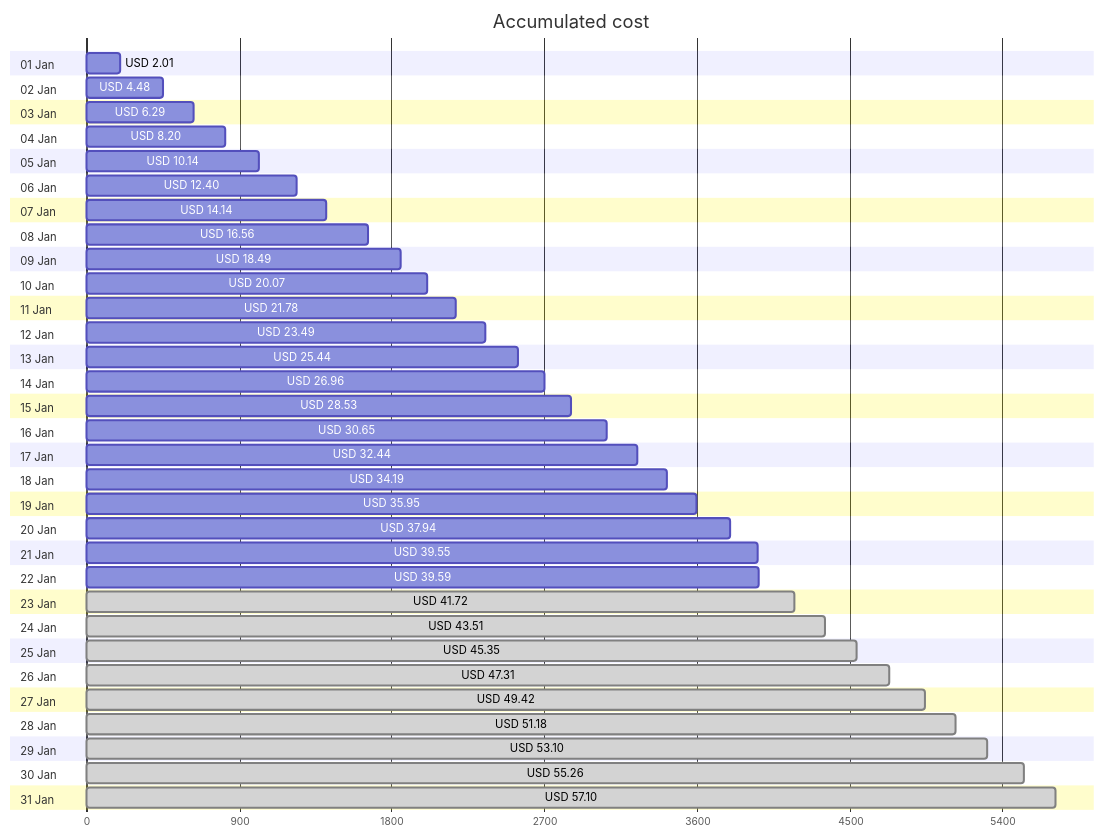
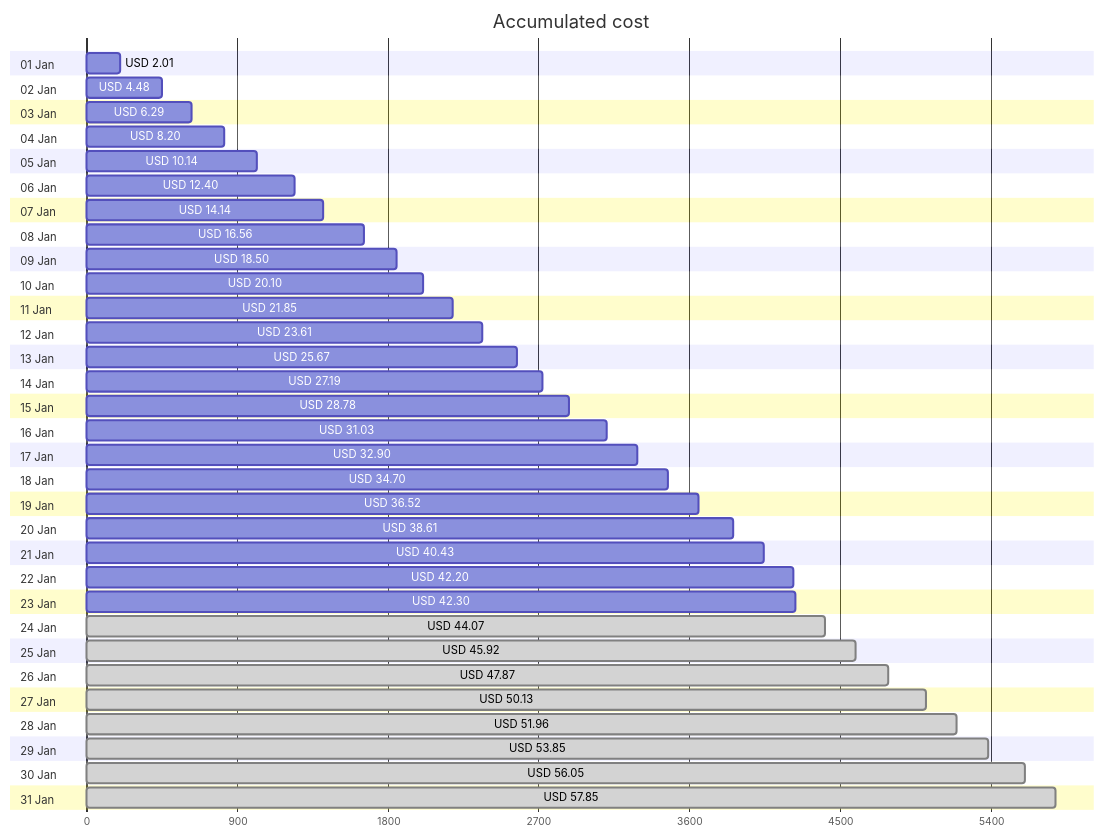
Before and after one commit to jpfulton/azure-personal-reports: the first of 4 diagrams in cost-reports/personal-network/README.md, drawn with Mermaid. The commit also changed other lines of this file and 8 other files, not shown here.

````diff
--- a/cost-reports/personal-network/README.md
+++ b/cost-reports/personal-network/README.md
@@ -20,68 +20,68 @@
 ```mermaid
 gantt
    title Accumulated cost
    dateFormat  X
    axisFormat %s
    section 01 Jan
    USD 2.01 :0, 201
    section 02 Jan
    USD 4.48 :0, 448
    section 03 Jan
    USD 6.29 :0, 629
    section 04 Jan
    USD 8.20 :0, 820
    section 05 Jan
    USD 10.14 :0, 1014
    section 06 Jan
    USD 12.40 :0, 1240
    section 07 Jan
    USD 14.14 :0, 1414
    section 08 Jan
    USD 16.56 :0, 1656
    section 09 Jan
-   USD 18.49 :0, 1849
+   USD 18.50 :0, 1850
    section 10 Jan
-   USD 20.07 :0, 2007
+   USD 20.10 :0, 2010
    section 11 Jan
-   USD 21.78 :0, 2178
+   USD 21.85 :0, 2185
    section 12 Jan
-   USD 23.49 :0, 2349
+   USD 23.61 :0, 2361
    section 13 Jan
-   USD 25.44 :0, 2544
+   USD 25.67 :0, 2567
    section 14 Jan
-   USD 26.96 :0, 2696
+   USD 27.19 :0, 2719
    section 15 Jan
-   USD 28.53 :0, 2853
+   USD 28.78 :0, 2878
    section 16 Jan
-   USD 30.65 :0, 3065
+   USD 31.03 :0, 3103
    section 17 Jan
-   USD 32.44 :0, 3244
+   USD 32.90 :0, 3290
    section 18 Jan
-   USD 34.19 :0, 3419
+   USD 34.70 :0, 3470
    section 19 Jan
-   USD 35.95 :0, 3595
+   USD 36.52 :0, 3652
    section 20 Jan
-   USD 37.94 :0, 3794
+   USD 38.61 :0, 3861
    section 21 Jan
-   USD 39.55 :0, 3955
+   USD 40.43 :0, 4043
    section 22 Jan
-   USD 39.59 :0, 3959
+   USD 42.20 :0, 4220
    section 23 Jan
-   USD 41.72 : done, 0, 4172
+   USD 42.30 :0, 4230
    section 24 Jan
-   USD 43.51 : done, 0, 4351
+   USD 44.07 : done, 0, 4407
    section 25 Jan
-   USD 45.35 : done, 0, 4535
+   USD 45.92 : done, 0, 4592
    section 26 Jan
-   USD 47.31 : done, 0, 4731
+   USD 47.87 : done, 0, 4787
    section 27 Jan
-   USD 49.42 : done, 0, 4942
+   USD 50.13 : done, 0, 5013
    section 28 Jan
-   USD 51.18 : done, 0, 5118
+   USD 51.96 : done, 0, 5196
    section 29 Jan
-   USD 53.10 : done, 0, 5310
+   USD 53.85 : done, 0, 5385
    section 30 Jan
-   USD 55.26 : done, 0, 5526
+   USD 56.05 : done, 0, 5605
    section 31 Jan
-   USD 57.10 : done, 0, 5710
+   USD 57.85 : done, 0, 5785
 ```
````
